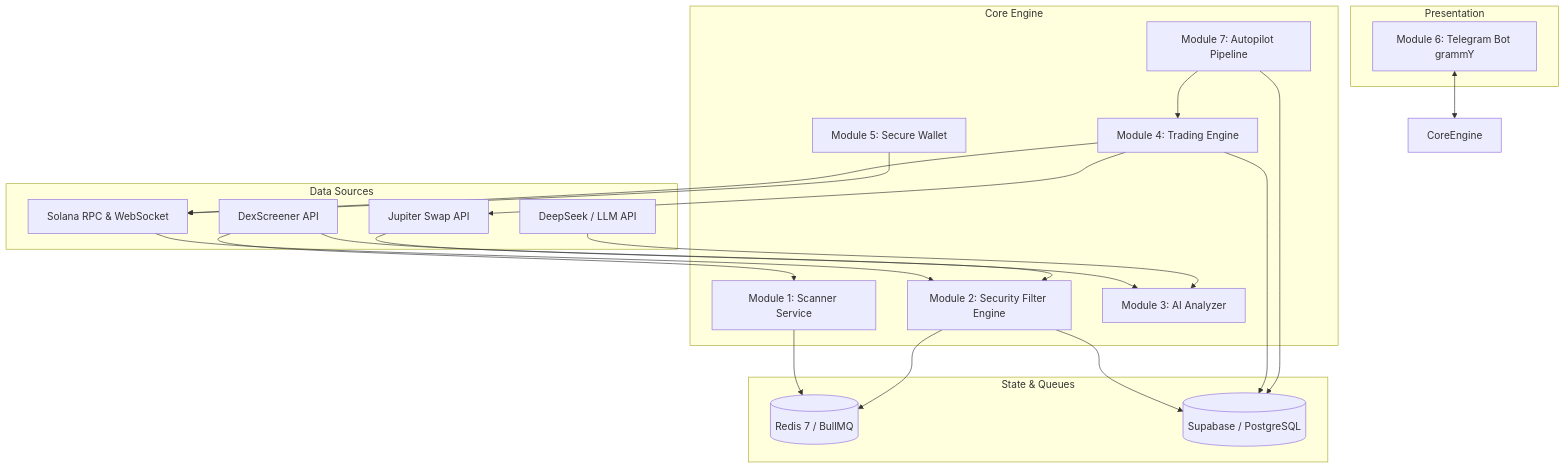
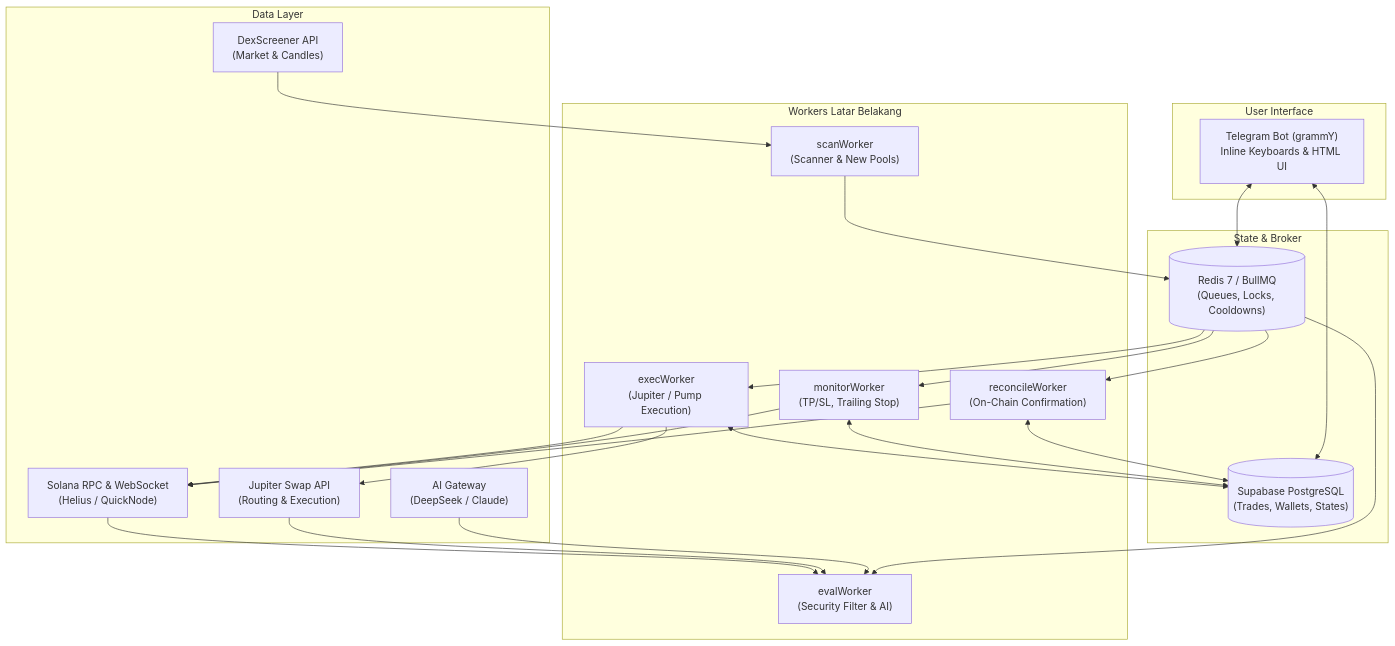
The diagram in README.md (kennedys0/potential-carnival), drawn with Mermaid before and after one commit. The commit also changed other lines of this file and 28 other files, not shown here.

````diff
--- a/README.md
+++ b/README.md
@@ -80,43 +77,49 @@
 ```mermaid
-flowchart TD
-    subgraph Data Sources
-        RPC[Solana RPC & WebSocket]
-        DEX[DexScreener API]
-        JUP[Jupiter Swap API]
-        AI[DeepSeek / LLM API]
+flowchart TB
+    subgraph Data Layer
+        RPC["Solana RPC & WebSocket\n(Helius / QuickNode)"]
+        DEX["DexScreener API\n(Market & Candles)"]
+        JUP["Jupiter Swap API\n(Routing & Execution)"]
+        AI["AI Gateway\n(DeepSeek / Claude)"]
     end
 
-    subgraph Core Engine
-        Scanner[Module 1: Scanner Service]
-        Security[Module 2: Security Filter Engine]
-        Analyzer[Module 3: AI Analyzer]
-        Trader[Module 4: Trading Engine]
-        Wallet[Module 5: Secure Wallet]
-        Autopilot[Module 7: Autopilot Pipeline]
+    subgraph State & Broker
+        Redis[("Redis 7 / BullMQ\n(Queues, Locks, Cooldowns)")]
+        DB[("Supabase PostgreSQL\n(Trades, Wallets, States)")]
     end
 
-    subgraph State & Queues
-        Redis[(Redis 7 / BullMQ)]
-        DB[(Supabase / PostgreSQL)]
+    subgraph Workers Latar Belakang
+        W_Scan["scanWorker\n(Scanner & New Pools)"]
+        W_Eval["evalWorker\n(Security Filter & AI)"]
+        W_Exec["execWorker\n(Jupiter / Pump Execution)"]
+        W_Mon["monitorWorker\n(TP/SL, Trailing Stop)"]
+        W_Rec["reconcileWorker\n(On-Chain Confirmation)"]
     end
 
-    subgraph Presentation
-        TG[Module 6: Telegram Bot grammY]
+    subgraph User Interface
+        TG["Telegram Bot (grammY)\nInline Keyboards & HTML UI"]
     end
 
-    DEX --> Scanner
-    RPC --> Security
-    JUP --> Security
-    DEX --> Analyzer
-    AI --> Analyzer
-    Scanner --> Redis
-    Security --> Redis
-    Autopilot --> Trader
-    Trader --> JUP
-    Trader --> RPC
-    Wallet --> RPC
-    Security --> DB
-    Trader --> DB
-    Autopilot --> DB
-    TG <--> CoreEngine
+    DEX --> W_Scan
+    RPC --> W_Eval
+    JUP --> W_Eval
+    AI --> W_Eval
+    
+    W_Scan --> Redis
+    Redis --> W_Eval
+    Redis --> W_Exec
+    Redis --> W_Mon
+    Redis --> W_Rec
+
+    W_Exec --> JUP
+    W_Exec --> RPC
+    W_Mon --> RPC
+    W_Rec --> RPC
+
+    W_Exec <--> DB
+    W_Mon <--> DB
+    W_Rec <--> DB
+
+    TG <--> DB
+    TG <--> Redis
 ```
````
